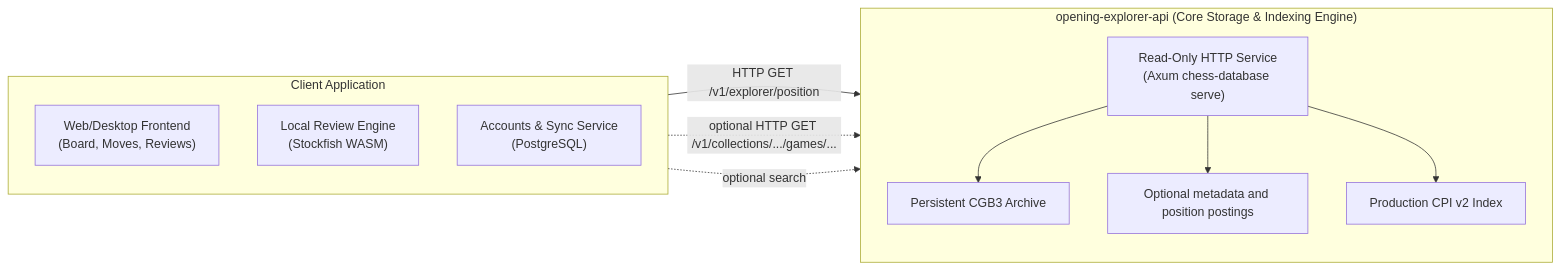
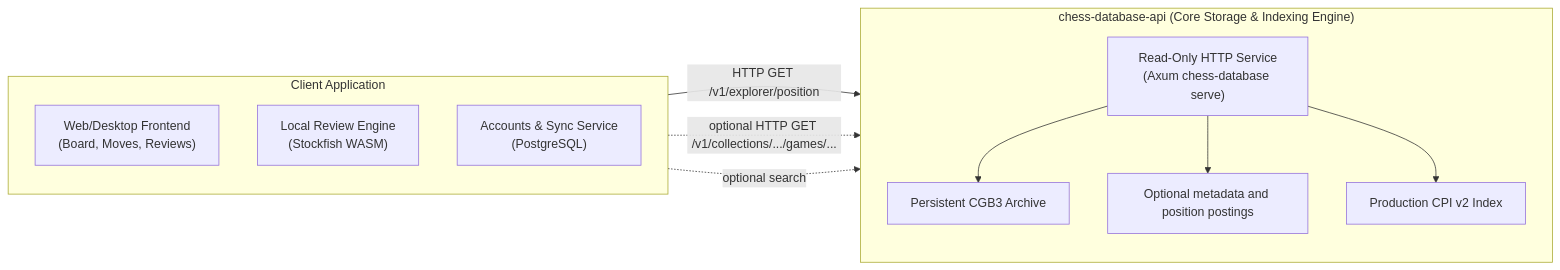
The fourth of 4 diagrams in docs/ARCHITECTURE.md (Nerver-zip/chess-database-api), drawn with Mermaid before and after one commit. The commit also changed other lines of this file and 96 other files, not shown here.

````diff
--- a/docs/ARCHITECTURE.md
+++ b/docs/ARCHITECTURE.md
@@ -250,24 +258,24 @@
 ```mermaid
 graph LR
-    subgraph Engine["opening-explorer-api (Core Storage & Indexing Engine)"]
+    subgraph Engine["chess-database-api (Core Storage & Indexing Engine)"]
         direction TB
         DB_STORE["Persistent CGB3 Archive"]
         DB_INDEX["Production CPI v2 Index"]
         DB_SEARCH["Optional metadata and position postings"]
         DB_API["Read-Only HTTP Service<br/>(Axum chess-database serve)"]
     end
 
     subgraph Client["Client Application"]
         direction TB
         CLIENT_WEB["Web/Desktop Frontend<br/>(Board, Moves, Reviews)"]
         CLIENT_LOCAL["Local Review Engine<br/>(Stockfish WASM)"]
         CLIENT_SYNC["Accounts & Sync Service<br/>(PostgreSQL)"]
     end
 
     CLIENT_WEB -->|HTTP GET /v1/explorer/position| DB_API
     CLIENT_WEB -.->|optional HTTP GET /v1/collections/.../games/...| DB_API
     CLIENT_WEB -.->|optional search| DB_API
     DB_API --> DB_SEARCH
     DB_API --> DB_INDEX
     DB_API --> DB_STORE
 ```
````
